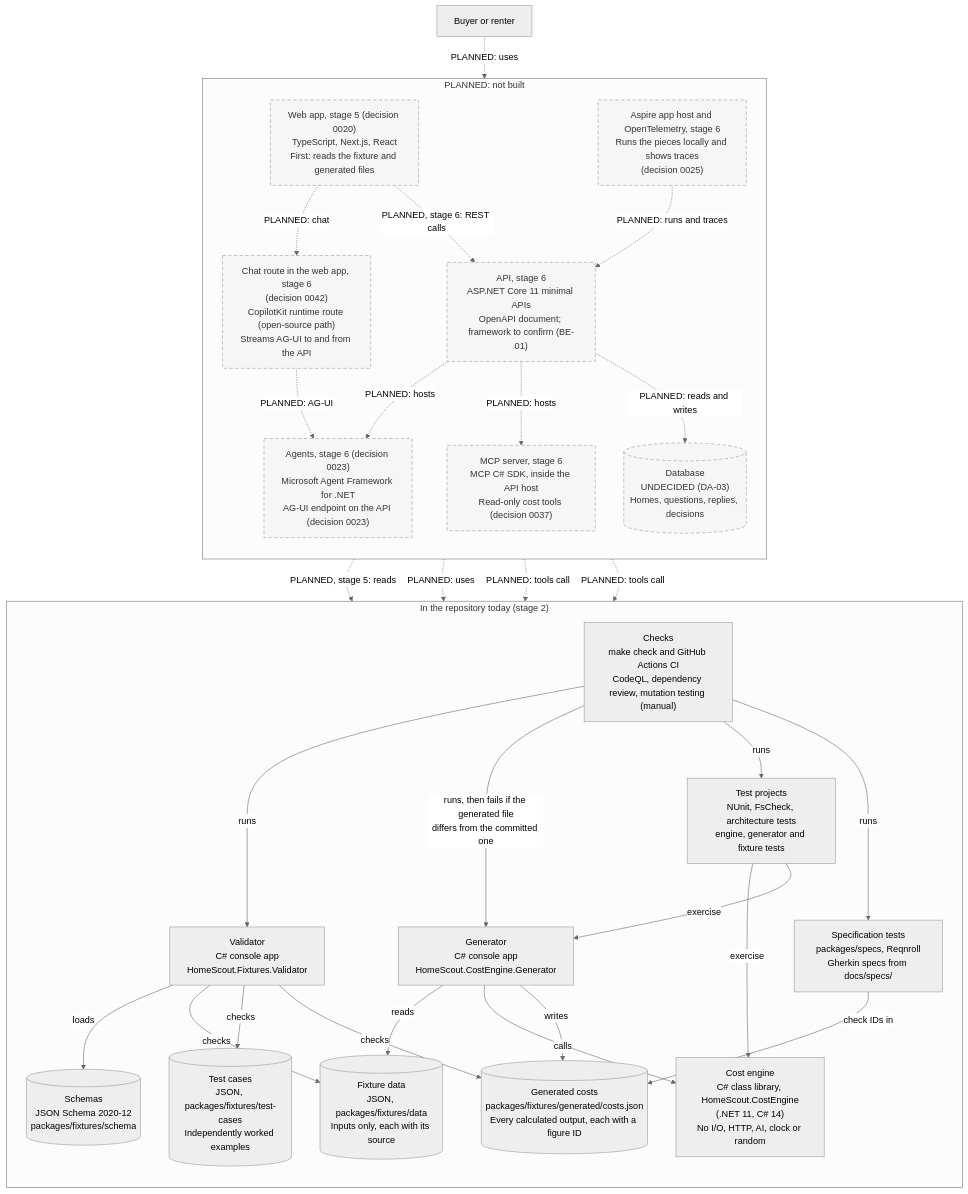
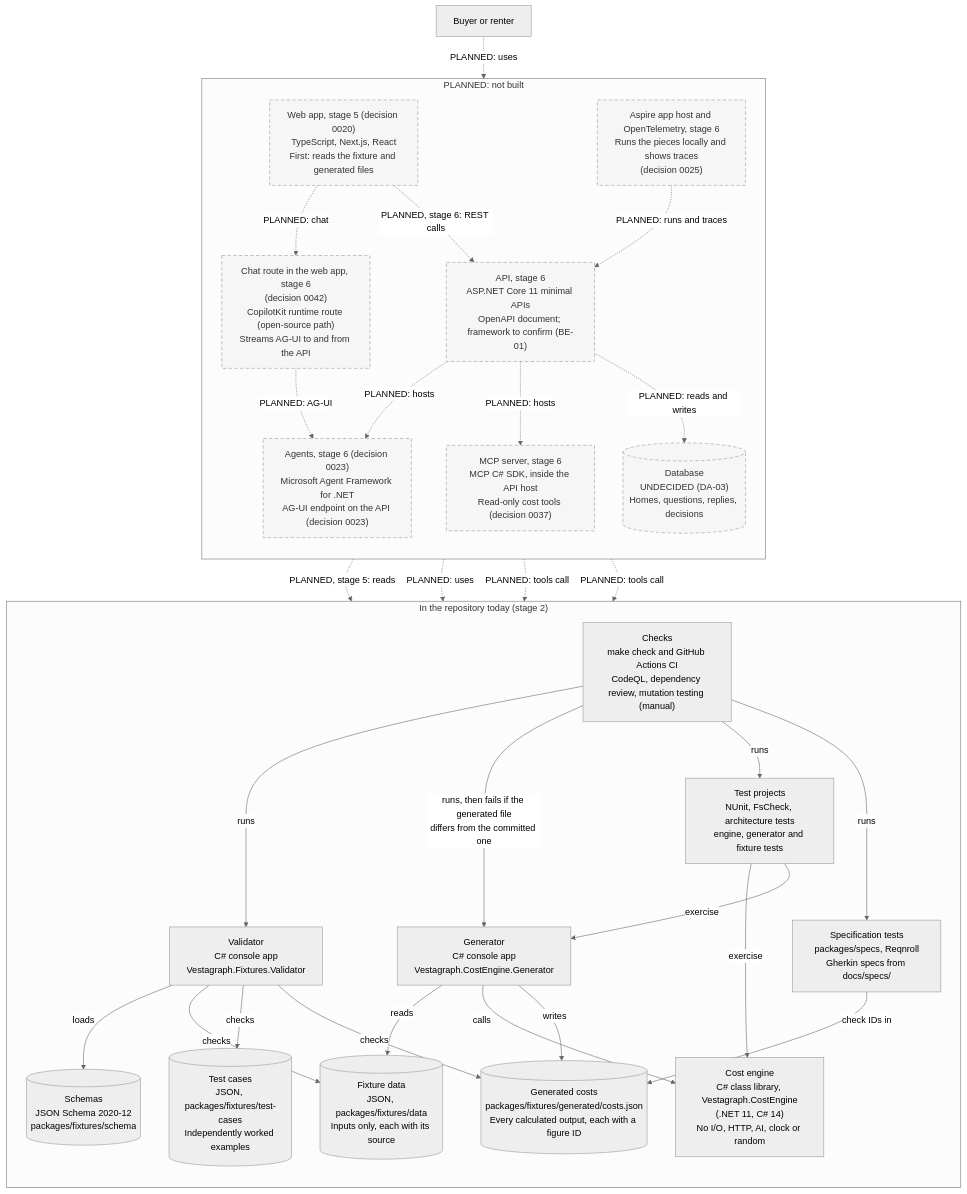
The second of 2 diagrams in docs/architecture/README.md (olaheavy-dev/homescout-platform), drawn with Mermaid (neutral theme) before and after one commit. The commit also changed other lines of this file and 195 other files, not shown here.

First line of the commit message:
chore: rename HomeScout to Vestagraph — decision 0044 (public name) (#149)

````diff
--- a/docs/architecture/README.md
+++ b/docs/architecture/README.md
@@ -47,60 +47,60 @@
 ```mermaid
 flowchart TB
     user["Buyer or renter"]
 
     subgraph today["In the repository today (stage 2)"]
         direction TB
         data[("Fixture data<br/>JSON, packages/fixtures/data<br/>Inputs only, each with its source")]
         schema[("Schemas<br/>JSON Schema 2020-12<br/>packages/fixtures/schema")]
         cases[("Test cases<br/>JSON, packages/fixtures/test-cases<br/>Independently worked examples")]
-        engine["Cost engine<br/>C# class library, HomeScout.CostEngine<br/>(.NET 11, C# 14)<br/>No I/O, HTTP, AI, clock or random"]
-        generator["Generator<br/>C# console app<br/>HomeScout.CostEngine.Generator"]
+        engine["Cost engine<br/>C# class library, Vestagraph.CostEngine<br/>(.NET 11, C# 14)<br/>No I/O, HTTP, AI, clock or random"]
+        generator["Generator<br/>C# console app<br/>Vestagraph.CostEngine.Generator"]
         generated[("Generated costs<br/>packages/fixtures/generated/costs.json<br/>Every calculated output, each with a figure ID")]
-        validator["Validator<br/>C# console app<br/>HomeScout.Fixtures.Validator"]
+        validator["Validator<br/>C# console app<br/>Vestagraph.Fixtures.Validator"]
         tests["Test projects<br/>NUnit, FsCheck, architecture tests<br/>engine, generator and fixture tests"]
         specs["Specification tests<br/>packages/specs, Reqnroll<br/>Gherkin specs from docs/specs/"]
         ci["Checks<br/>make check and GitHub Actions CI<br/>CodeQL, dependency review, mutation testing (manual)"]
     end
 
     subgraph later["PLANNED: not built"]
         direction TB
         web["Web app, stage 5 (decision 0020)<br/>TypeScript, Next.js, React<br/>First: reads the fixture and generated files"]
         api["API, stage 6<br/>ASP.NET Core 11 minimal APIs<br/>OpenAPI document; framework to confirm (BE-01)"]
         mcp["MCP server, stage 6<br/>MCP C# SDK, inside the API host<br/>Read-only cost tools (decision 0037)"]
         agents["Agents, stage 6 (decision 0023)<br/>Microsoft Agent Framework for .NET<br/>AG-UI endpoint on the API (decision 0023)"]
         copilot["Chat route in the web app, stage 6<br/>(decision 0042)<br/>CopilotKit runtime route (open-source path)<br/>Streams AG-UI to and from the API"]
         aspire["Aspire app host and OpenTelemetry, stage 6<br/>Runs the pieces locally and shows traces<br/>(decision 0025)"]
         db[("Database<br/>UNDECIDED (DA-03)<br/>Homes, questions, replies, decisions")]
     end
 
     generator -->|reads| data
     generator -->|calls| engine
     generator -->|writes| generated
     validator -->|loads| schema
     validator -->|checks| data
     validator -->|checks| cases
     validator -->|checks| generated
     tests -->|exercise| engine
     tests -->|exercise| generator
     specs -->|check IDs in| generated
     ci -->|runs| validator
     ci -->|"runs, then fails if the generated file<br/>differs from the committed one"| generator
     ci -->|runs| tests
     ci -->|runs| specs
 
     user -.->|"PLANNED: uses"| web
     web -.->|"PLANNED, stage 5: reads"| generated
     web -.->|"PLANNED, stage 6: REST calls"| api
     web -.->|"PLANNED: chat"| copilot
     copilot -.->|"PLANNED: AG-UI"| agents
     api -.->|"PLANNED: uses"| engine
     api -.->|"PLANNED: hosts"| mcp
     api -.->|"PLANNED: hosts"| agents
     agents -.->|"PLANNED: tools call"| engine
     mcp -.->|"PLANNED: tools call"| engine
     api -.->|"PLANNED: reads and writes"| db
     aspire -.->|"PLANNED: runs and traces"| api
 
     classDef planned stroke-dasharray: 6 4,fill:#f6f6f6,color:#333
     class web,api,mcp,agents,copilot,aspire,db planned
 ```
````
